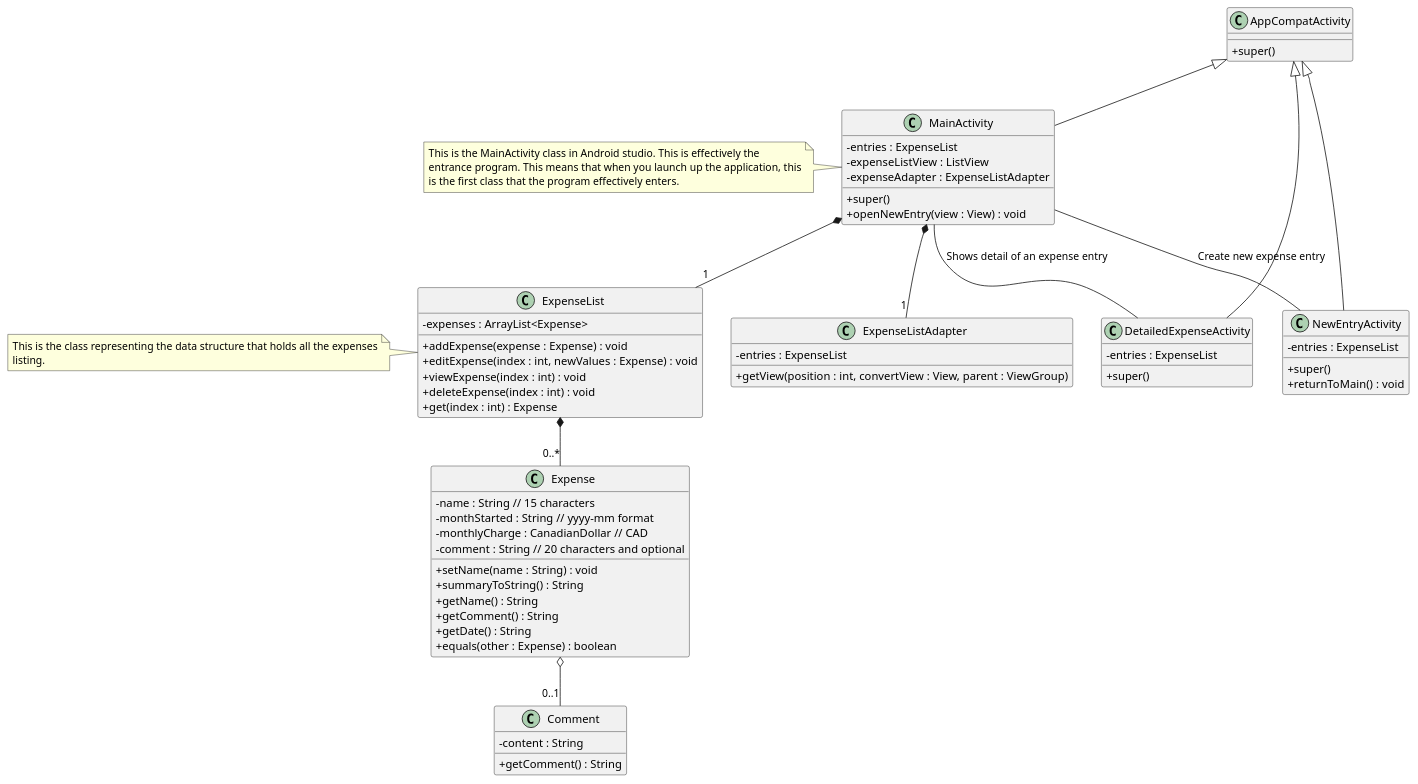
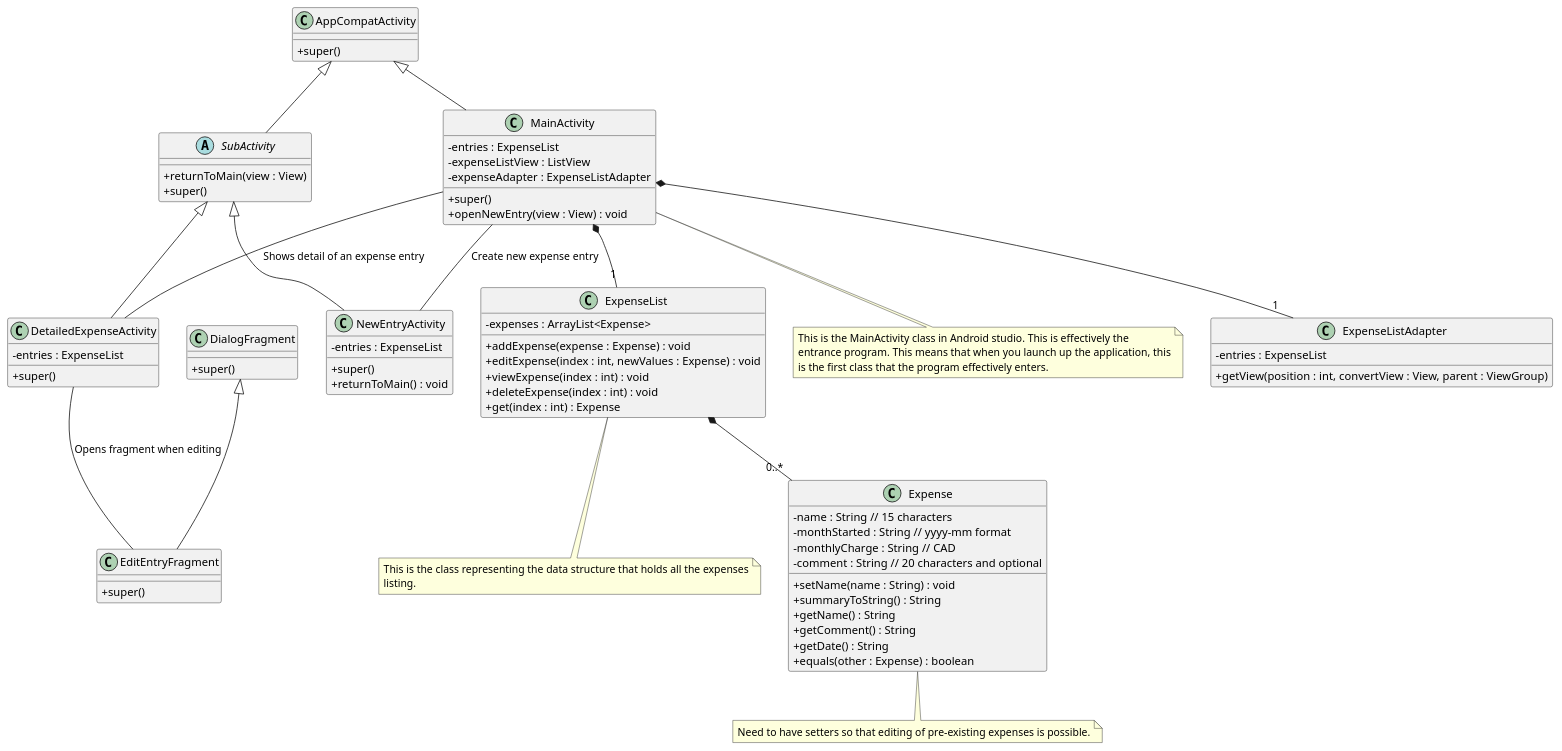
The diagram in doc/uml/assign1UML/assign1UML.puml (waridh/expense_book), drawn with PlantUML before and after one commit. The commit also changed 11 other files, not shown here.

Commit message:
Made progress with setting up a fragment, along with uml diagram updates

```diff
--- a/doc/uml/assign1UML/assign1UML.puml
+++ b/doc/uml/assign1UML/assign1UML.puml
@@ -1,88 +1,106 @@
 @startuml
   skinparam classAttributeIconSize 0
 
 class AppCompatActivity {
+  +super()
+}
+
+class DialogFragment {
+  +super()
+}
+
+abstract class SubActivity {
+  +returnToMain(view : View)
   +super()
 }
 
 class ExpenseListAdapter{
   - entries : ExpenseList
   + getView(position : int, convertView : View, parent : ViewGroup)
 }
 
 class MainActivity {
   - entries : ExpenseList
   - expenseListView : ListView
   - expenseAdapter : ExpenseListAdapter
   + super()
   + openNewEntry(view : View) : void
 }
 
 class DetailedExpenseActivity {
   - entries : ExpenseList
   + super()
 }
 
+class EditEntryFragment {
+  + super()
+}
+
 class NewEntryActivity {
   - entries : ExpenseList
   + super()
   + returnToMain() : void
 }
 
 class Expense {
   - name : String // 15 characters
   - monthStarted : String // yyyy-mm format
-  - monthlyCharge : CanadianDollar // CAD
+  - monthlyCharge : String // CAD
   - comment : String // 20 characters and optional
 
   +setName(name : String) : void
   +summaryToString() : String
   +getName() : String
   +getComment() : String
   +getDate() : String
   +equals(other : Expense) : boolean
-}
-
-class Comment {
-  -content : String
-  +getComment() : String
 }
 
 class ExpenseList {
   -expenses : ArrayList<Expense>
   +addExpense(expense : Expense) : void
   +editExpense(index : int, newValues : Expense) : void
   +viewExpense(index : int) : void
   +deleteExpense(index : int) : void
   +get(index : int) : Expense
 }
 
-note left of ExpenseList
+note bottom of ExpenseList
   This is the class representing the data structure that holds all the expenses
   listing.
 end note
 
-note left of MainActivity
+note bottom of Expense
+  Need to have setters so that editing of pre-existing expenses is possible.
+end note
+
+note bottom of MainActivity
   This is the MainActivity class in Android studio. This is effectively the
   entrance program. This means that when you launch up the application, this
   is the first class that the program effectively enters.
 end note
 
 /' This is the classes that inherit from AppCompatActivity, which is all the
 activities '/
 AppCompatActivity <|-- MainActivity
-AppCompatActivity <|-- DetailedExpenseActivity
-AppCompatActivity <|-- NewEntryActivity
+AppCompatActivity <|-- SubActivity
+
+/' The classes that extends SubActivity '/
+SubActivity <|-- DetailedExpenseActivity
+SubActivity <|-- NewEntryActivity
+
+/' The class that inherits from Fragment '/
+DialogFragment <|-- EditEntryFragment
 
 /' This is the relationship for the MainActivity '/
 MainActivity *-- "1" ExpenseList
 MainActivity *-- "1" ExpenseListAdapter
 
 /' For relationships between the activities '/
 MainActivity -- NewEntryActivity : "Create new expense entry"
 MainActivity -- DetailedExpenseActivity : "Shows detail of an expense entry"
+DetailedExpenseActivity -- EditEntryFragment : "Opens fragment when editing"
 
 ExpenseList *-- "0..*" Expense
-Expense o-- "0..1" Comment
 
 @enduml
```
